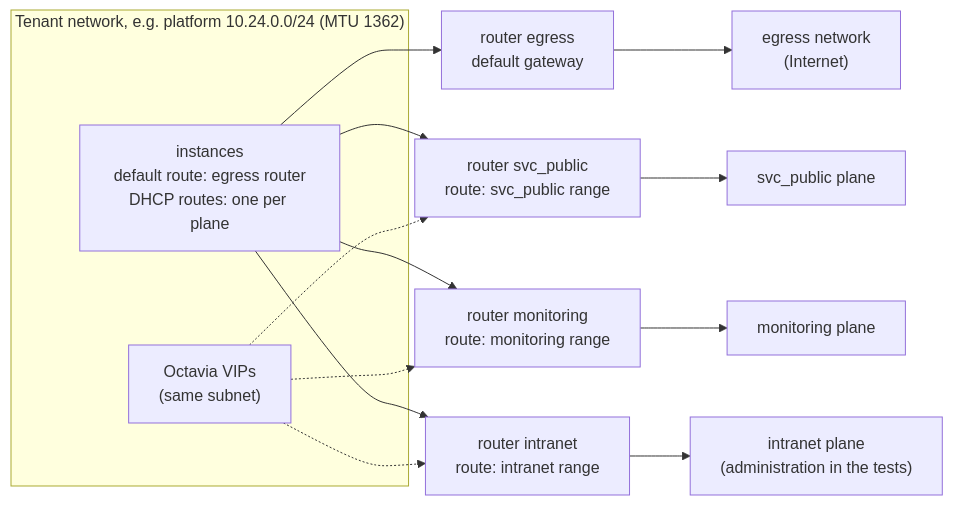
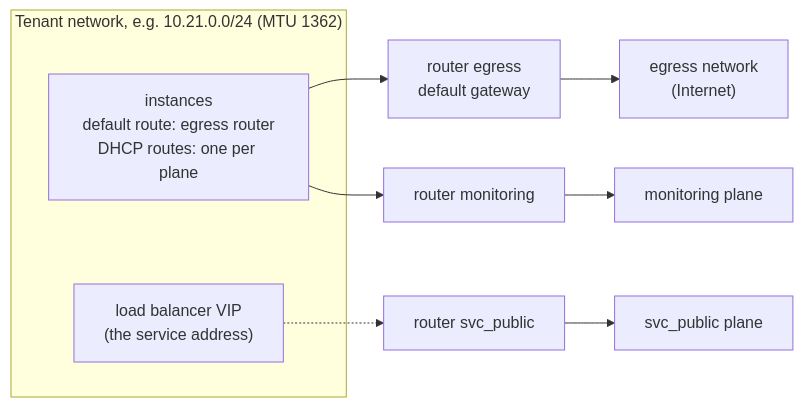
The second of 8 diagrams in docs/concepts/architecture.md (CyprisTech/openstack-multitenant-reference), drawn with Mermaid before and after one commit. The commit also changed other lines of this file and 67 other files, not shown here.

````diff
--- a/docs/concepts/architecture.md
+++ b/docs/concepts/architecture.md
@@ -70,16 +52,13 @@
 ```mermaid
 flowchart LR
-    subgraph T["Tenant network, e.g. platform 10.24.0.0/24 (MTU 1362)"]
+    subgraph T["Tenant network, e.g. 10.21.0.0/24 (MTU 1362)"]
         VM["instances<br/>default route: egress router<br/>DHCP routes: one per plane"]
-        LB["Octavia VIPs<br/>(same subnet)"]
+        LB["load balancer VIP<br/>(the service address)"]
     end
     RE["router egress<br/>default gateway"]
-    RS["router svc_public<br/>route: svc_public range"]
-    RM["router monitoring<br/>route: monitoring range"]
-    RI["router intranet<br/>route: intranet range"]
+    RS["router svc_public"]
+    RM["router monitoring"]
     VM --> RE --> PUB["egress network<br/>(Internet)"]
-    VM --> RS --> SVC["svc_public plane"]
+    LB -.-> RS --> SVC["svc_public plane"]
     VM --> RM --> MON["monitoring plane"]
-    VM --> RI --> INT["intranet plane<br/>(administration in the tests)"]
-    LB -.-> RS & RM & RI
 ```
````
